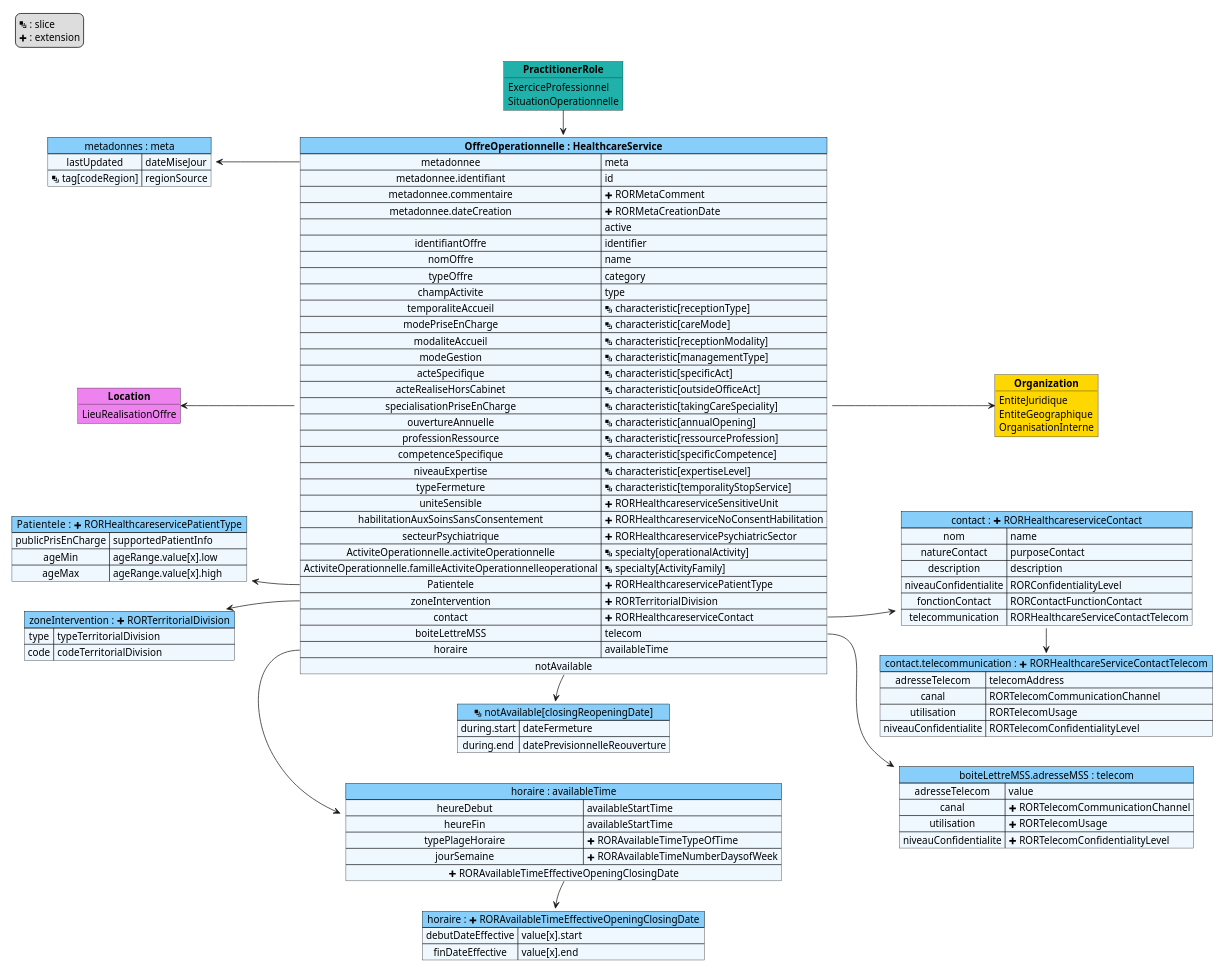
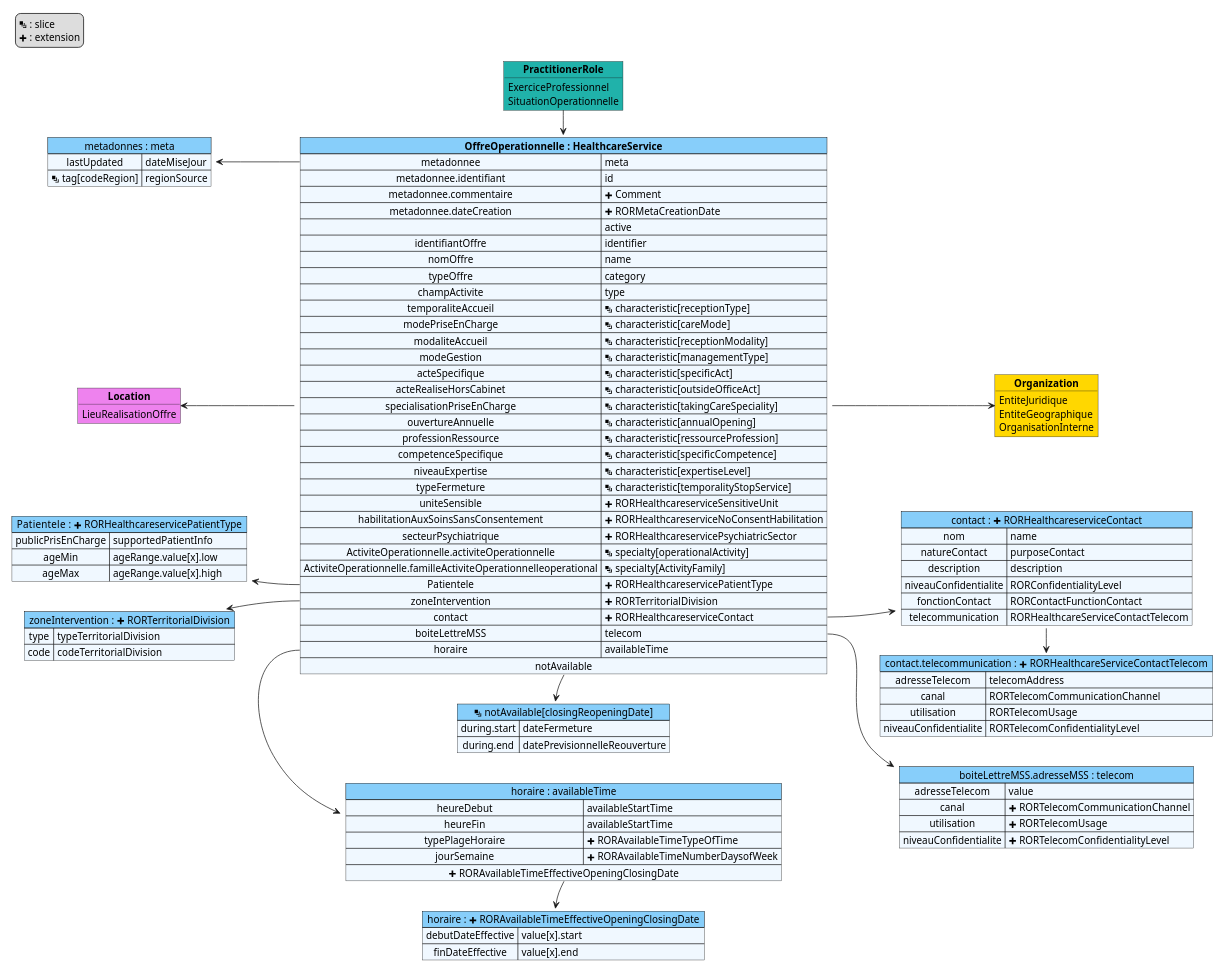
The diagram in input/images-source/mapping-HealthcareService.plantuml (ansforge/IG-fhir-repertoire-offre-ressources-sante), drawn with PlantUML before and after one commit.

Commit message:
healthcareService meta.comment n'existe pas

```diff
--- a/input/images-source/mapping-HealthcareService.plantuml
+++ b/input/images-source/mapping-HealthcareService.plantuml
@@ -1,134 +1,134 @@
 @startuml mapping-HealthcareService
 
 left to right direction
 
 scale 1000 width
 
 legend top left
   <&layers> : slice
   <&plus> : extension
 endlegend
 
 
 map "metadonnes : meta" as meta #back:AliceBlue;header:LightSkyBlue {
     lastUpdated => dateMiseJour 
     <&layers> tag[codeRegion] => regionSource
 }
 
 map "Patientele  : <&plus> RORHealthcareservicePatientType" as RORHealthcareservicePatientType #back:AliceBlue;header:LightSkyBlue {
     publicPrisEnCharge => supportedPatientInfo
     ageMin => ageRange.value[x].low
     ageMax => ageRange.value[x].high
 }
 
 map "zoneIntervention : <&plus> RORTerritorialDivision" as RORTerritorialDivision #back:AliceBlue;header:LightSkyBlue {
     type => typeTerritorialDivision
     code => codeTerritorialDivision
 }
 
 map "<&layers> notAvailable[closingReopeningDate]" as notAvailable #back:AliceBlue;header:LightSkyBlue {
     during.start => dateFermeture
     during.end => datePrevisionnelleReouverture
 }
 
 map "horaire : <&plus> RORAvailableTimeEffectiveOpeningClosingDate" as RORAvailableTimeEffectiveOpeningClosingDate #back:AliceBlue;header:LightSkyBlue {
     debutDateEffective => value[x].start
     finDateEffective => value[x].end
 }
 
 map "horaire : availableTime" as availableTime #back:AliceBlue;header:LightSkyBlue {
     heureDebut => availableStartTime
     heureFin => availableStartTime
     typePlageHoraire => <&plus> RORAvailableTimeTypeOfTime
     jourSemaine => <&plus> RORAvailableTimeNumberDaysofWeek
     <&plus> RORAvailableTimeEffectiveOpeningClosingDate *-> RORAvailableTimeEffectiveOpeningClosingDate
 }
 
 map "boiteLettreMSS.adresseMSS : telecom" as telecom #back:AliceBlue;header:LightSkyBlue {
     adresseTelecom => value
     canal => <&plus> RORTelecomCommunicationChannel
     utilisation => <&plus> RORTelecomUsage
     niveauConfidentialite => <&plus> RORTelecomConfidentialityLevel
 }
 
 map "contact : <&plus> RORHealthcareserviceContact" as RORHealthcareserviceContact #back:AliceBlue;header:LightSkyBlue {
     nom => name
     natureContact => purposeContact
     description => description
     niveauConfidentialite => RORConfidentialityLevel
     fonctionContact => RORContactFunctionContact
     telecommunication => RORHealthcareServiceContactTelecom
 }
 
 map "contact.telecommunication : <&plus> RORHealthcareServiceContactTelecom" as RORHealthcareServiceContactTelecom #back:AliceBlue;header:LightSkyBlue {
     adresseTelecom => telecomAddress
     canal => RORTelecomCommunicationChannel
     utilisation => RORTelecomUsage
     niveauConfidentialite => RORTelecomConfidentialityLevel
 }
 
 
 map "**OffreOperationnelle : HealthcareService**" as HS #back:AliceBlue;header:LightSkyBlue {
     metadonnee => meta 
     metadonnee.identifiant => id
-    metadonnee.commentaire => <&plus> RORMetaComment
+    metadonnee.commentaire => <&plus> Comment
     metadonnee.dateCreation => <&plus> RORMetaCreationDate
     => active
     identifiantOffre => identifier
     nomOffre => name
     typeOffre => category
     champActivite => type
     temporaliteAccueil => <&layers> characteristic[receptionType]
     modePriseEnCharge => <&layers> characteristic[careMode]
     modaliteAccueil => <&layers> characteristic[receptionModality]
     modeGestion => <&layers> characteristic[managementType]
     acteSpecifique => <&layers> characteristic[specificAct]
     acteRealiseHorsCabinet => <&layers> characteristic[outsideOfficeAct]
     specialisationPriseEnCharge => <&layers> characteristic[takingCareSpeciality]
     ouvertureAnnuelle => <&layers> characteristic[annualOpening]
     professionRessource => <&layers> characteristic[ressourceProfession]
     competenceSpecifique => <&layers> characteristic[specificCompetence]
     niveauExpertise  => <&layers> characteristic[expertiseLevel]
     typeFermeture => <&layers> characteristic[temporalityStopService]
     uniteSensible => <&plus> RORHealthcareserviceSensitiveUnit
     habilitationAuxSoinsSansConsentement => <&plus> RORHealthcareserviceNoConsentHabilitation
     secteurPsychiatrique => <&plus> RORHealthcareservicePsychiatricSector
     ActiviteOperationnelle.activiteOperationnelle => <&layers> specialty[operationalActivity]
     ActiviteOperationnelle.familleActiviteOperationnelleoperational => <&layers> specialty[ActivityFamily]
     Patientele => <&plus> RORHealthcareservicePatientType
     zoneIntervention => <&plus> RORTerritorialDivision
     contact => <&plus> RORHealthcareserviceContact
     boiteLettreMSS => telecom
     horaire => availableTime
     notAvailable *-> notAvailable
 }
 
 meta <-- HS::metadonnee
 HS::horaire -> availableTime 
 RORHealthcareservicePatientType <-- HS::Patientele
 RORTerritorialDivision <-- HS::zoneIntervention
 HS::boiteLettreMSS --> telecom
 HS::contact --> RORHealthcareserviceContact
 RORHealthcareserviceContact -> RORHealthcareServiceContactTelecom
 
 
 object "**PractitionerRole**" as PR #LightSeaGreen {
     ExerciceProfessionnel
     SituationOperationnelle
 }
 
 object "**Location**" as L #Violet {
     LieuRealisationOffre
 }
 
 object "**Organization**" as O #Gold {
     EntiteJuridique
     EntiteGeographique
     OrganisationInterne
 }
 
 PR -> HS
 L <-- HS
 HS --> O
 
 @enduml
```
